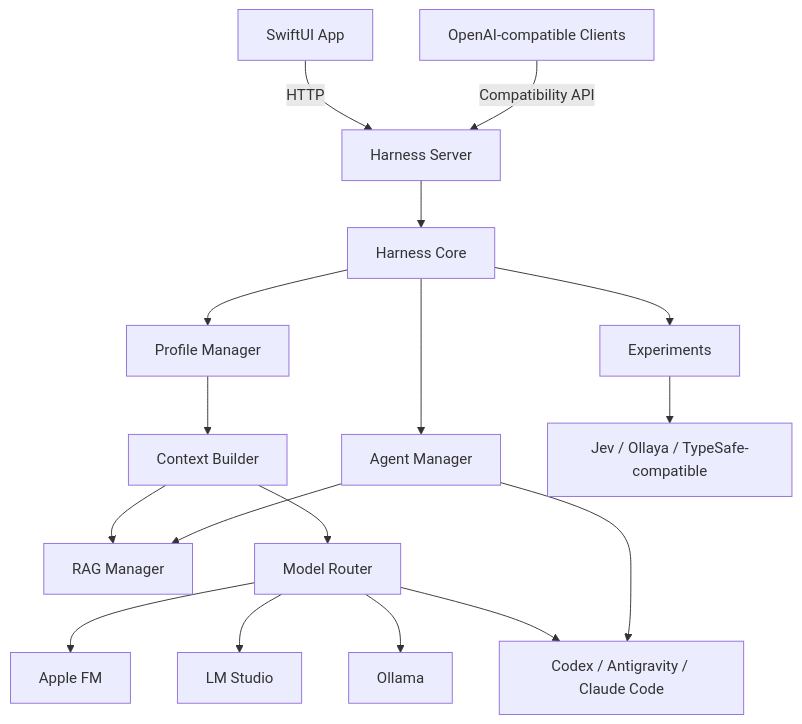
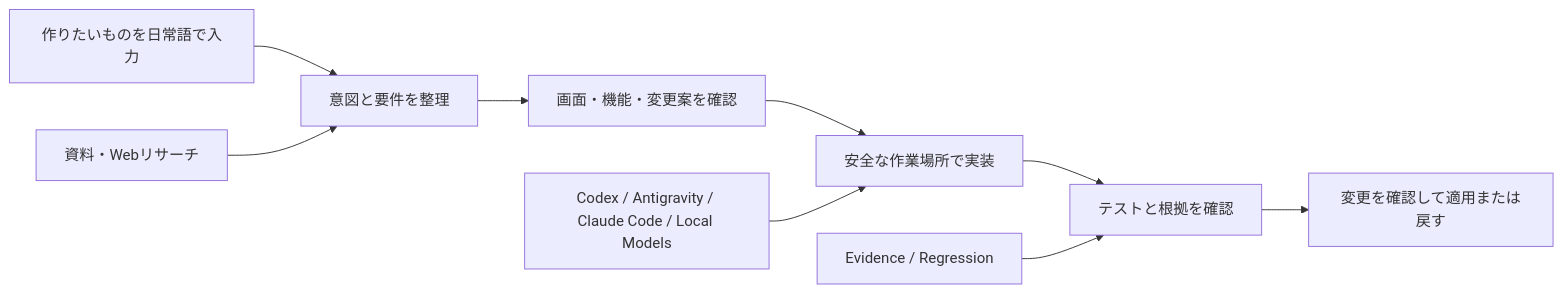
One commit to StayHomeLabNet/onigiri-harness changed the first of 2 diagrams in DEVELOPMENT_PLAN.md. Above: the diagram before and after it, drawn with Mermaid. The commit also changed other lines of this file, not shown here.

Commit message:
Reframe roadmap around vibe build workspace

````diff
--- a/DEVELOPMENT_PLAN.md
+++ b/DEVELOPMENT_PLAN.md
@@ -52,35 +33,11 @@
 ```mermaid
-flowchart TB
-    App[SwiftUI App]
-    Server[Harness Server]
-    Core[Harness Core]
-    Profiles[Profile Manager]
-    Context[Context Builder]
-    RAG[RAG Manager]
-    Router[Model Router]
-    Agent[Agent Manager]
-    Experiments[Experiments]
-    Apple[Apple FM]
-    LM[LM Studio]
-    Ollama[Ollama]
-    CLIAgents[Codex / Antigravity / Claude Code]
-    DecisionModels[Jev / Ollaya / TypeSafe-compatible]
-    Clients[OpenAI-compatible Clients]
-
-    App -->|HTTP| Server
-    Clients -->|Compatibility API| Server
-    Server --> Core
-    Core --> Profiles
-    Profiles --> Context
-    Context --> RAG
-    Context --> Router
-    Router --> Apple
-    Router --> LM
-    Router --> Ollama
-    Router --> CLIAgents
-    Core --> Agent
-    Agent --> RAG
-    Agent --> CLIAgents
-    Core --> Experiments
-    Experiments --> DecisionModels
+flowchart LR
+    A[作りたいものを日常語で入力] --> B[意図と要件を整理]
+    B --> C[画面・機能・変更案を確認]
+    C --> D[安全な作業場所で実装]
+    D --> E[テストと根拠を確認]
+    E --> F[変更を確認して適用または戻す]
+    K[資料・Webリサーチ] --> B
+    R[Evidence / Regression] --> E
+    M[Codex / Antigravity / Claude Code / Local Models] --> D
 ```
````
